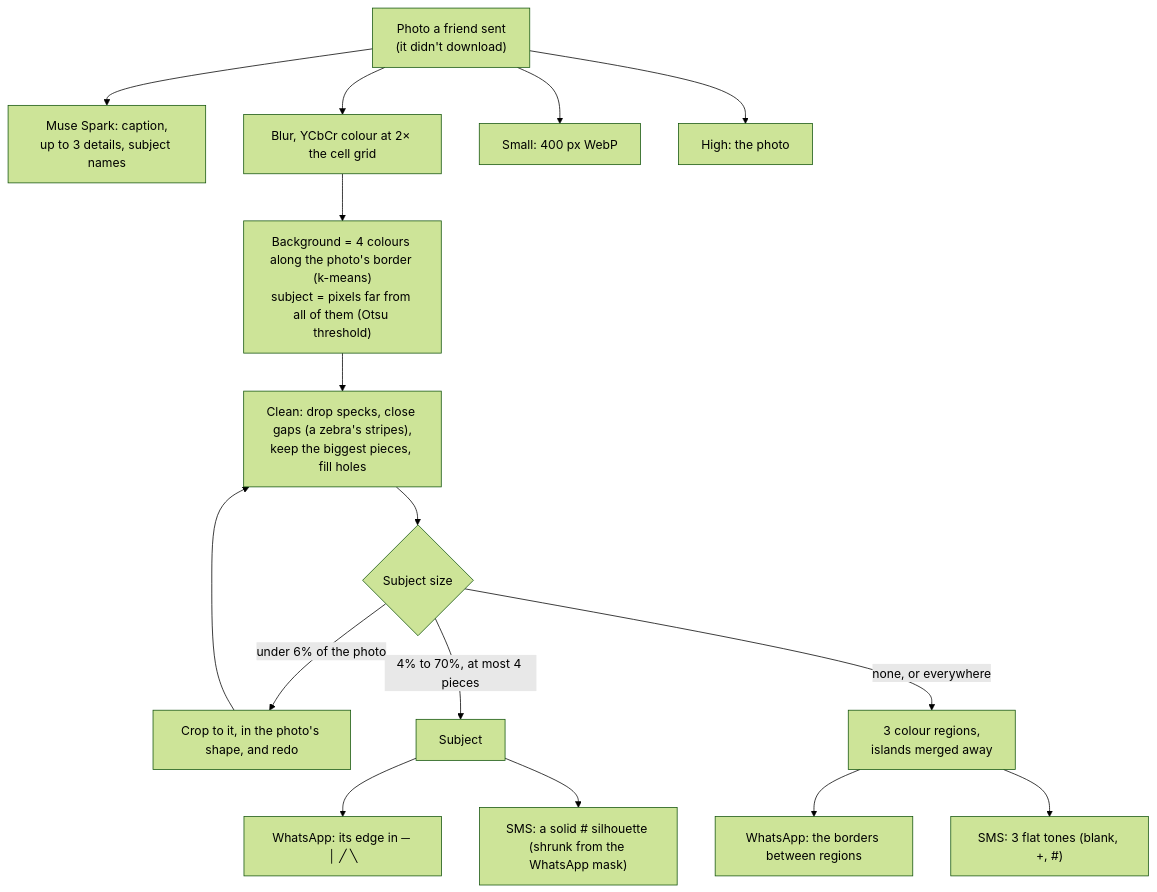
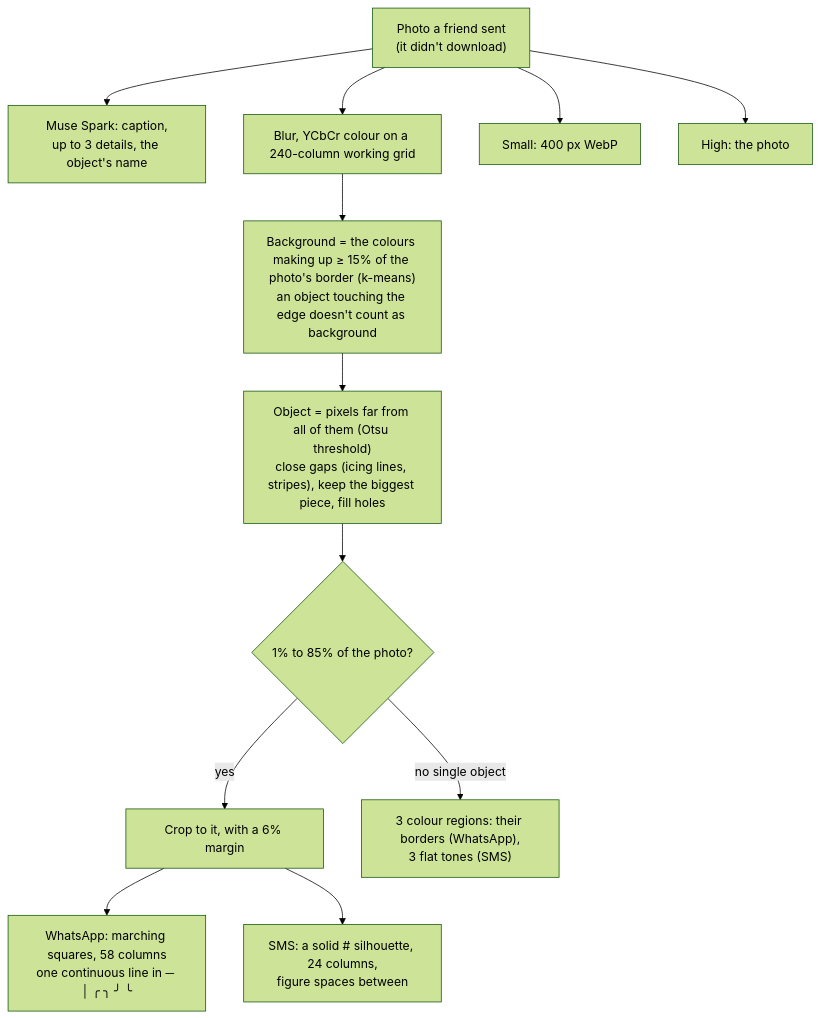
Before and after one commit to JacobOuyang/MapsImagesText: the fifth of 8 diagrams in README.md, drawn with Mermaid (forest theme). The commit also changed other lines of this file and 18 other files, not shown here.

````diff
--- a/README.md
+++ b/README.md
@@ -594,17 +585,14 @@
 ```mermaid
 flowchart TD
-  A["Photo a friend sent<br/>(it didn't download)"] --> B["Muse Spark: caption,<br/>up to 3 details, subject names"]
-  A --> C["Blur, YCbCr colour at 2× the cell grid"]
-  C --> D["Background = 4 colours along the photo's border (k-means)<br/>subject = pixels far from all of them (Otsu threshold)"]
-  D --> E["Clean: drop specks, close gaps (a zebra's stripes),<br/>keep the biggest pieces, fill holes"]
-  E --> Z{"Subject size"}
-  Z -- "under 6% of the photo" --> ZC["Crop to it, in the photo's shape, and redo"] --> E
-  Z -- "4% to 70%, at most 4 pieces" --> O["Subject"]
-  Z -- "none, or everywhere" --> LR["3 colour regions,<br/>islands merged away"]
-  O --> M1["WhatsApp: its edge in ─ │ ╱ ╲"]
-  O --> S1["SMS: a solid # silhouette (shrunk from the WhatsApp mask)"]
-  LR --> M2["WhatsApp: the borders between regions"]
-  LR --> S2["SMS: 3 flat tones (blank, +, #)"]
+  A["Photo a friend sent<br/>(it didn't download)"] --> B["Muse Spark: caption,<br/>up to 3 details, the object's name"]
+  A --> C["Blur, YCbCr colour on a 240-column working grid"]
+  C --> D["Background = the colours making up ≥ 15% of the photo's border (k-means)<br/>an object touching the edge doesn't count as background"]
+  D --> E["Object = pixels far from all of them (Otsu threshold)<br/>close gaps (icing lines, stripes), keep the biggest piece, fill holes"]
+  E --> Z{"1% to 85% of the photo?"}
+  Z -- yes --> CR["Crop to it, with a 6% margin"]
+  CR --> M1["WhatsApp: marching squares, 58 columns<br/>one continuous line in ─ │ ╭ ╮ ╯ ╰"]
+  CR --> S1["SMS: a solid # silhouette, 24 columns,<br/>figure spaces between"]
+  Z -- "no single object" --> LR["3 colour regions: their borders (WhatsApp),<br/>3 flat tones (SMS)"]
   A --> SM["Small: 400 px WebP"]
   A --> H["High: the photo"]
 ```
````
